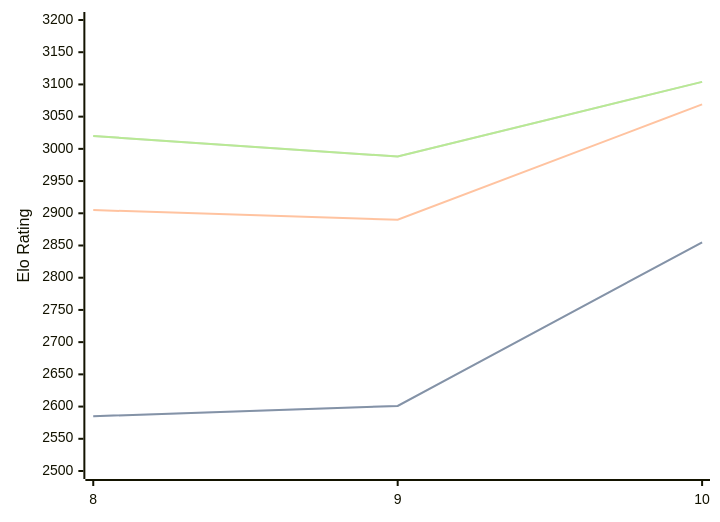
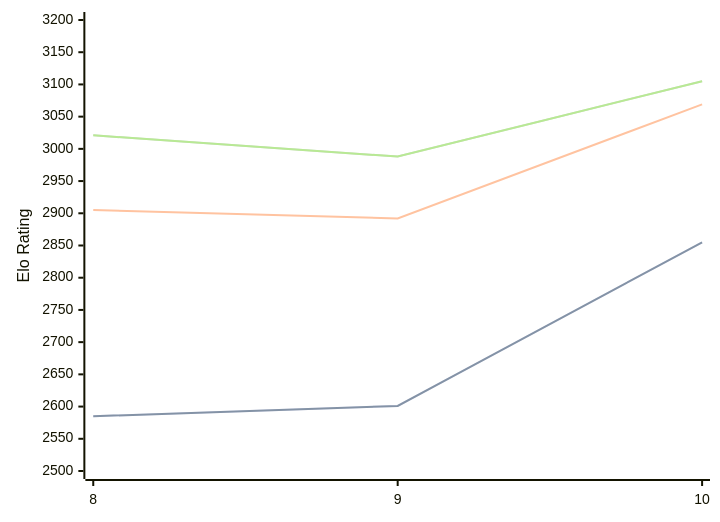
One commit to computer-chess-index/cci changed the diagram in engines/Lozza.md. Above: the diagram before and after it, drawn with Mermaid. The commit also changed other lines of this file, not shown here.

Commit message:
Update CCI Ratings (ELO VLTC) - 2026-05-22

````diff
--- a/engines/Lozza.md
+++ b/engines/Lozza.md
@@ -41,11 +41,11 @@
 ```mermaid
 %%{init: {"theme":"base","themeVariables":{"seriesColors:['#a3a3a3','#222221','#faa371']}}}%%
 xychart-beta
   x-axis ["8", "9", "10"]
   y-axis "Elo Rating" 2500 --> 3200
   line "STC (8.0+0.08s)" [2585, 2601, 2855]
   line "STC (8.0+0.08s)" [2585, 2601, 2855]
-  line "LTC (60.0+0.60s)" [2905, 2890, 3069]
-  line "VLTC (2m24s+1.12s)" [3020, 2988, 3104]
-  line "VLTC (2m24s+1.12s)" [3020, 2988, 3104]
+  line "LTC (60.0+0.60s)" [2905, 2892, 3069]
+  line "VLTC (2m24s+1.12s)" [3021, 2988, 3105]
+  line "VLTC (2m24s+1.12s)" [3021, 2988, 3105]
 ```
````
